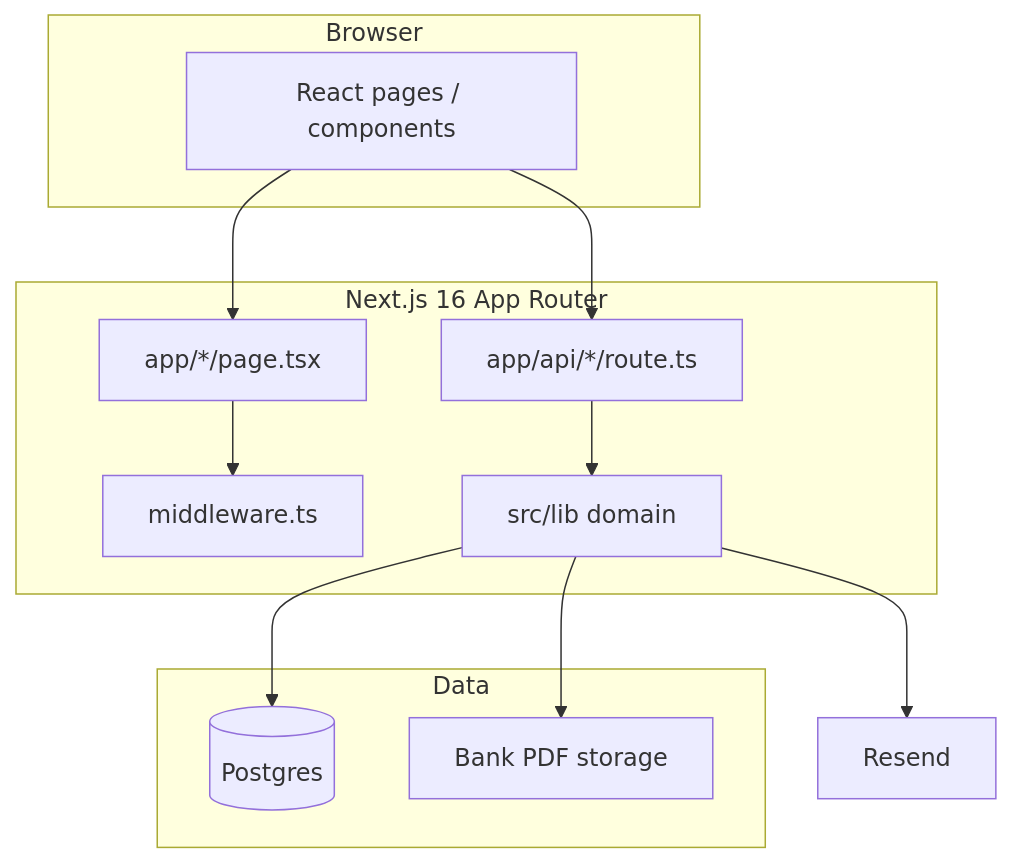
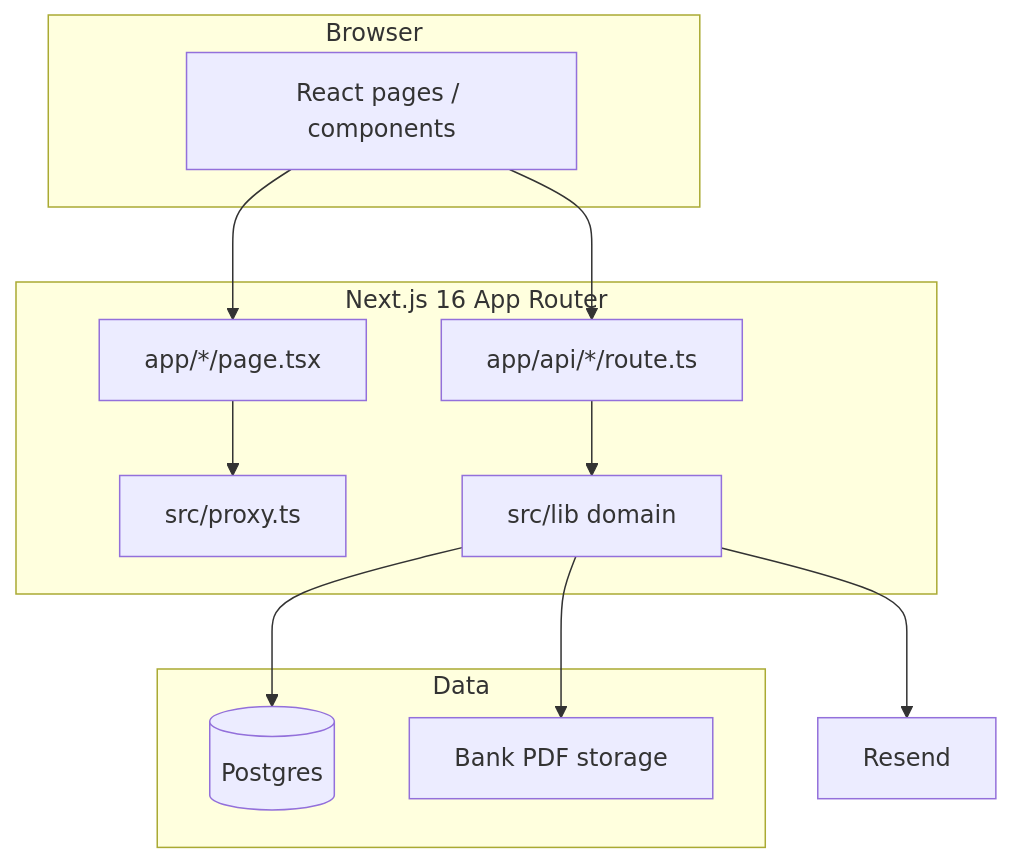
Before and after one commit to dotnetmike/CFCA_Registration: the second of 4 diagrams in docs/architecture/overview.md, drawn with Mermaid. The commit also changed 12 other files, not shown here.

````diff
--- a/docs/architecture/overview.md
+++ b/docs/architecture/overview.md
@@ -28,23 +28,23 @@
 ```mermaid
 flowchart TB
   subgraph Browser
     UI[React pages / components]
   end
   subgraph Next["Next.js 16 App Router"]
-    MW[middleware.ts]
+    Proxy[src/proxy.ts]
     Pages[app/*/page.tsx]
     API[app/api/*/route.ts]
     Lib[src/lib domain]
   end
   subgraph Data
     PG[(Postgres)]
     Storage[Bank PDF storage]
   end
   UI --> Pages
   UI --> API
-  Pages --> MW
+  Pages --> Proxy
   API --> Lib
   Lib --> PG
   Lib --> Storage
   Lib --> Resend[Resend]
 ```
````
